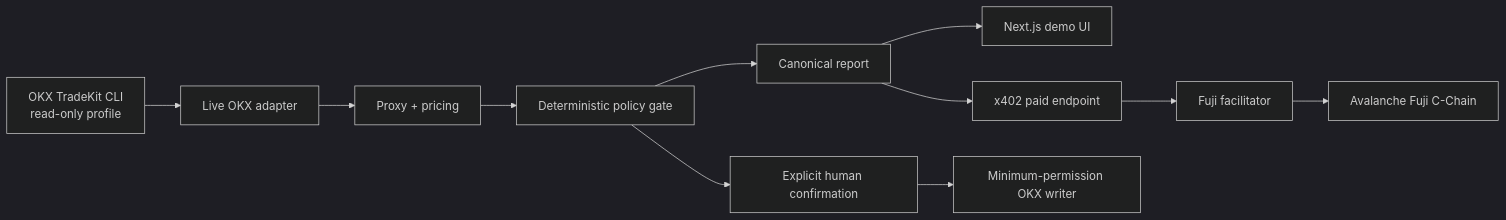
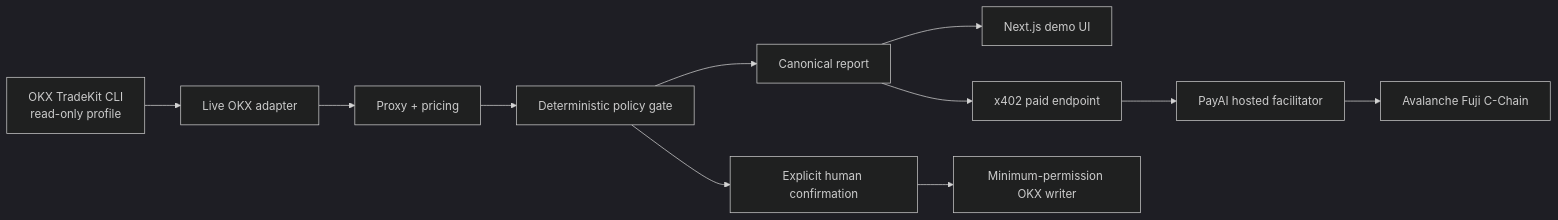
Before and after one commit to Sahveli01/hazine-ajani: the diagram in README.md, drawn with Mermaid (dark theme). The commit also changed other lines of this file and 12 other files, not shown here.

Commit message:
fix: migrate Fuji x402 demo to hosted PayAI facilitator

````diff
--- a/README.md
+++ b/README.md
@@ -26,13 +26,13 @@
 ```mermaid
 flowchart LR
   O[OKX TradeKit CLI\nread-only profile] --> A[Live OKX adapter]
   A --> P[Proxy + pricing]
   P --> G[Deterministic policy gate]
   G --> R[Canonical report]
   R --> W[Next.js demo UI]
   R --> X[x402 paid endpoint]
-  X --> F[Fuji facilitator]
+  X --> F[PayAI hosted facilitator]
   F --> C[Avalanche Fuji C-Chain]
   G --> H[Explicit human confirmation]
   H --> E[Minimum-permission OKX writer]
 ```
````
